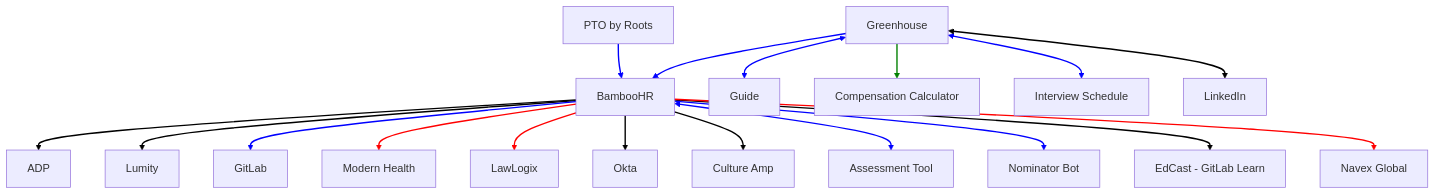
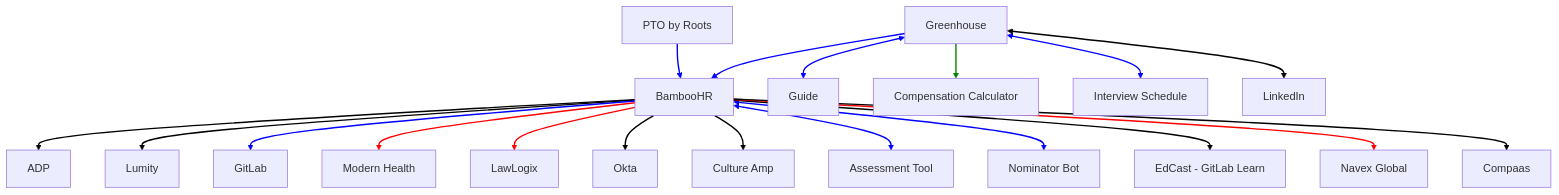
The diagram in people-group/systems-architecture/index.html.md (secretstartups/handbook), drawn with Mermaid before and after one commit. The commit also changed other lines of this file, not shown here.

Commit message:
Adding compaas to list of tools reading in/out BambooHR

````diff
--- a/people-group/systems-architecture/index.html.md
+++ b/people-group/systems-architecture/index.html.md
@@ -17,59 +17,62 @@
 ```mermaid
 flowchart TD
     A[Greenhouse]
     B[BambooHR]
     C[GitLab]
     D[Modern Health]
     E[PTO by Roots]
     F[LawLogix]
     G[Okta]
     H[Culture Amp]
     I[Assessment Tool]
     J[Nominator Bot]
     K[Guide]
     L[EdCast - GitLab Learn]
     N[ADP]
     O[Lumity]
     P[Compensation Calculator]
     Q[Interview Schedule]
     R[LinkedIn]
     S[Navex Global]
+    T[Compaas]
 
     A --> P 
     linkStyle 0 stroke-width:2px,fill:none,stroke:green;
     A <--> K
     linkStyle 1 stroke-width:2px,fill:none,stroke:blue;
 
     B --> N
     linkStyle 2 stroke-width:2px,fill:none,stroke:black;
     B --> O
     linkStyle 3 stroke-width:2px,fill:none,stroke:black;
     A --> B
     linkStyle 4 stroke-width:2px,fill:none,stroke:blue;
     B --> C
     linkStyle 5 stroke-width:2px,fill:none,stroke:blue;
     B --> D
     linkStyle 6 stroke-width:2px,fill:none,stroke:red;
     B --> F
     linkStyle 7 stroke-width:2px,fill:none,stroke:red;
     B --> G
     linkStyle 8 stroke-width:2px,fill:none,stroke:black;
     B --> H
     linkStyle 9 stroke-width:2px,fill:none,stroke:black;
     B <--> I
     linkStyle 10 stroke-width:2px,fill:none,stroke:blue;
     B <--> J
     linkStyle 11 stroke-width:2px,fill:none,stroke:blue;
 
     E --> B
     linkStyle 12 stroke-width:2px,fill:none,stroke:blue;
     
     A <--> Q
     linkStyle 13 stroke-width:2px,fill:none,stroke:blue;
     B --> L
     linkStyle 14 stroke-width:2px,fill:none,stroke:black;
     A <--> R
     linkStyle 15 stroke-width:2px,fill:none,stroke:black;
     B --> S
     linkStyle 16 stroke-width:2px,fill:none,stroke:red;
+    B --> T 
+    linkStyle 17 stroke-width:2px,fill:none,stroke:black;
 ```
````
